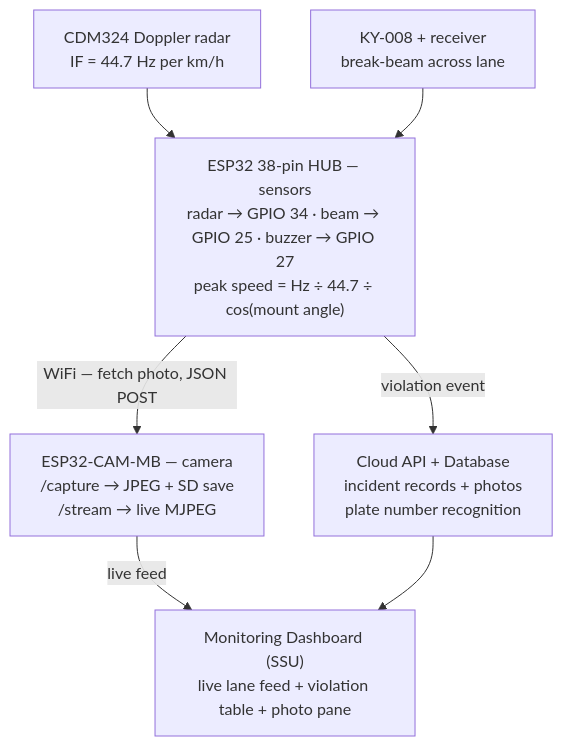
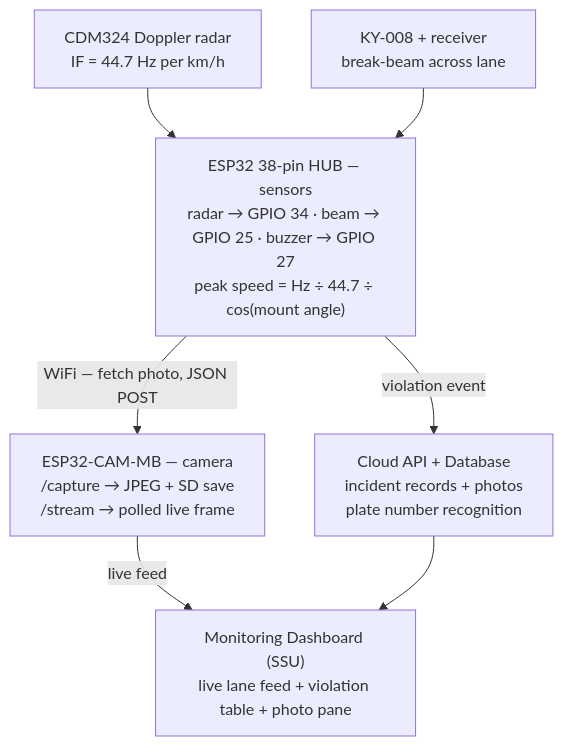
Before and after one commit to qppd/safeway: the diagram in README.md, drawn with Mermaid. The commit also changed other lines of this file and 11 other files, not shown here.

````diff
--- a/README.md
+++ b/README.md
@@ -79,16 +79,16 @@
 ```mermaid
 flowchart TB
     RADAR["CDM324 Doppler radar<br/>IF = 44.7 Hz per km/h"]
     BEAM["KY-008 + receiver<br/>break-beam across lane"]
     HUB["ESP32 38-pin HUB — sensors<br/>radar → GPIO 34 · beam → GPIO 25 · buzzer → GPIO 27<br/>peak speed = Hz ÷ 44.7 ÷ cos(mount angle)"]
-    CAM["ESP32-CAM-MB — camera<br/>/capture → JPEG + SD save<br/>/stream → live MJPEG"]
+    CAM["ESP32-CAM-MB — camera<br/>/capture → JPEG + SD save<br/>/stream → polled live frame"]
     API["Cloud API + Database<br/>incident records + photos<br/>plate number recognition"]
     DASH["Monitoring Dashboard (SSU)<br/>live lane feed + violation table + photo pane"]
 
     RADAR --> HUB
     BEAM --> HUB
     HUB -- "WiFi — fetch photo, JSON POST" --> CAM
     HUB -- "violation event" --> API
     CAM -- "live feed" --> DASH
     API --> DASH
 ```
````
